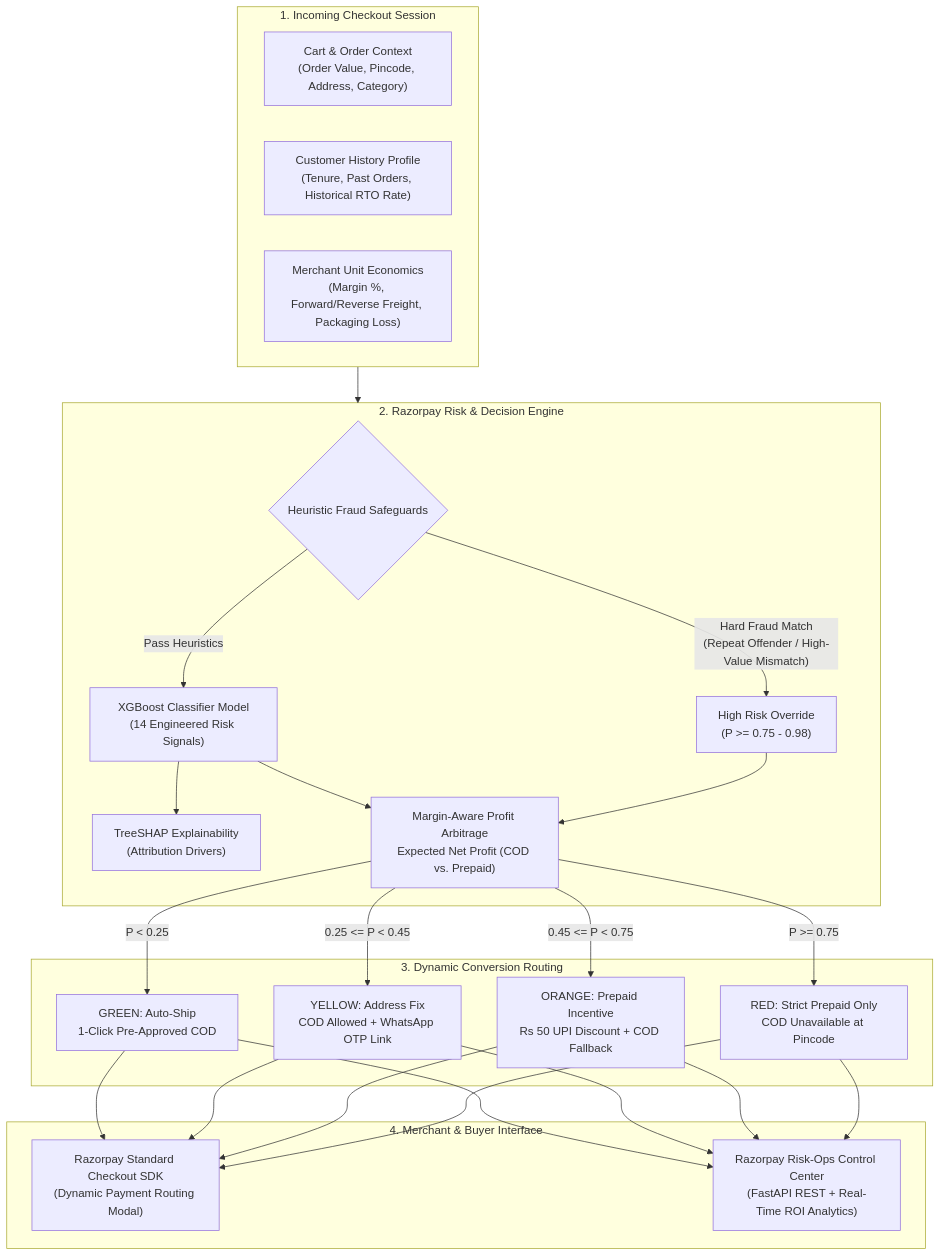
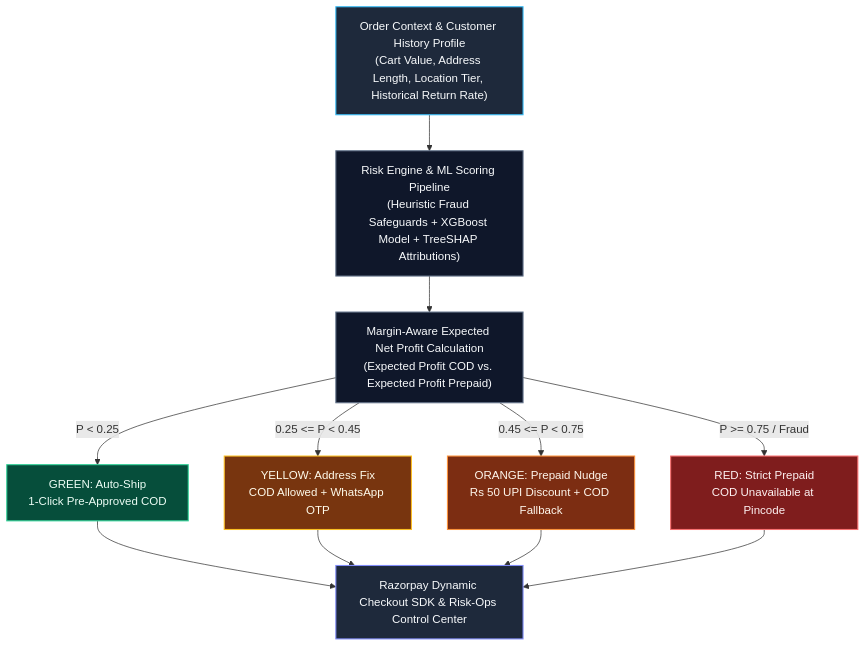
Before and after one commit to stefinmathew66-lab/RazorPay: the diagram in README.md, drawn with Mermaid.

Commit message:
docs: streamline and align system architecture decision flowchart

````diff
--- a/README.md
+++ b/README.md
@@ -23,31 +23,27 @@
 ```mermaid
-flowchart TD
-    subgraph IN["1. Incoming Checkout Session"]
-        A["Cart & Order Context<br/>(Order Value, Pincode, Address, Category)"]
-        B["Customer History Profile<br/>(Tenure, Past Orders, Historical RTO Rate)"]
-        C["Merchant Unit Economics<br/>(Margin %, Forward/Reverse Freight, Packaging Loss)"]
-    end
+graph TD
+    classDef inputStyle fill:#1E293B,stroke:#38BDF8,stroke-width:1.5px,color:#F8FAFC;
+    classDef engineStyle fill:#0F172A,stroke:#64748B,stroke-width:1.5px,color:#F8FAFC;
+    classDef greenTier fill:#064E3B,stroke:#34D399,stroke-width:1.5px,color:#ECFDF5;
+    classDef yellowTier fill:#78350F,stroke:#FBBF24,stroke-width:1.5px,color:#FFFBEB;
+    classDef orangeTier fill:#7C2D12,stroke:#FB923C,stroke-width:1.5px,color:#FFF7ED;
+    classDef redTier fill:#7F1D1D,stroke:#F87171,stroke-width:1.5px,color:#FEF2F2;
+    classDef outStyle fill:#1E293B,stroke:#818CF8,stroke-width:1.5px,color:#F8FAFC;
 
-    subgraph ENG["2. Razorpay Risk & Decision Engine"]
-        D{"Heuristic Fraud Safeguards"}
-        D -->|"Hard Fraud Match<br/>(Repeat Offender / High-Value Mismatch)"| OV["High Risk Override<br/>(P >= 0.75 - 0.98)"]
-        D -->|"Pass Heuristics"| ML["XGBoost Classifier Model<br/>(14 Engineered Risk Signals)"]
-        
-        ML --> SHAP["TreeSHAP Explainability<br/>(Attribution Drivers)"]
-        ML & OV --> ARB["Margin-Aware Profit Arbitrage<br/>Expected Net Profit (COD vs. Prepaid)"]
-    end
+    A["Order Context & Customer History Profile<br/>(Cart Value, Address Length, Location Tier, Historical Return Rate)"]:::inputStyle
+    B["Risk Engine & ML Scoring Pipeline<br/>(Heuristic Fraud Safeguards + XGBoost Model + TreeSHAP Attributions)"]:::engineStyle
+    C["Margin-Aware Expected Net Profit Calculation<br/>(Expected Profit COD vs. Expected Profit Prepaid)"]:::engineStyle
 
-    subgraph DEC["3. Dynamic Conversion Routing"]
-        ARB -->|"P < 0.25"| T1["GREEN: Auto-Ship<br/>1-Click Pre-Approved COD"]
-        ARB -->|"0.25 <= P < 0.45"| T2["YELLOW: Address Fix<br/>COD Allowed + WhatsApp OTP Link"]
-        ARB -->|"0.45 <= P < 0.75"| T3["ORANGE: Prepaid Incentive<br/>Rs 50 UPI Discount + COD Fallback"]
-        ARB -->|"P >= 0.75"| T4["RED: Strict Prepaid Only<br/>COD Unavailable at Pincode"]
-    end
+    A --> B
+    B --> C
 
-    subgraph OUT["4. Merchant & Buyer Interface"]
-        T1 & T2 & T3 & T4 --> SDK["Razorpay Standard Checkout SDK<br/>(Dynamic Payment Routing Modal)"]
-        T1 & T2 & T3 & T4 --> DASH["Razorpay Risk-Ops Control Center<br/>(FastAPI REST + Real-Time ROI Analytics)"]
-    end
+    C -->|"P < 0.25"| T1["GREEN: Auto-Ship<br/>1-Click Pre-Approved COD"]:::greenTier
+    C -->|"0.25 <= P < 0.45"| T2["YELLOW: Address Fix<br/>COD Allowed + WhatsApp OTP"]:::yellowTier
+    C -->|"0.45 <= P < 0.75"| T3["ORANGE: Prepaid Nudge<br/>Rs 50 UPI Discount + COD Fallback"]:::orangeTier
+    C -->|"P >= 0.75 / Fraud"| T4["RED: Strict Prepaid<br/>COD Unavailable at Pincode"]:::redTier
 
-    IN --> ENG
+    T1 --> D["Razorpay Dynamic Checkout SDK & Risk-Ops Control Center"]:::outStyle
+    T2 --> D
+    T3 --> D
+    T4 --> D
 ```
````
